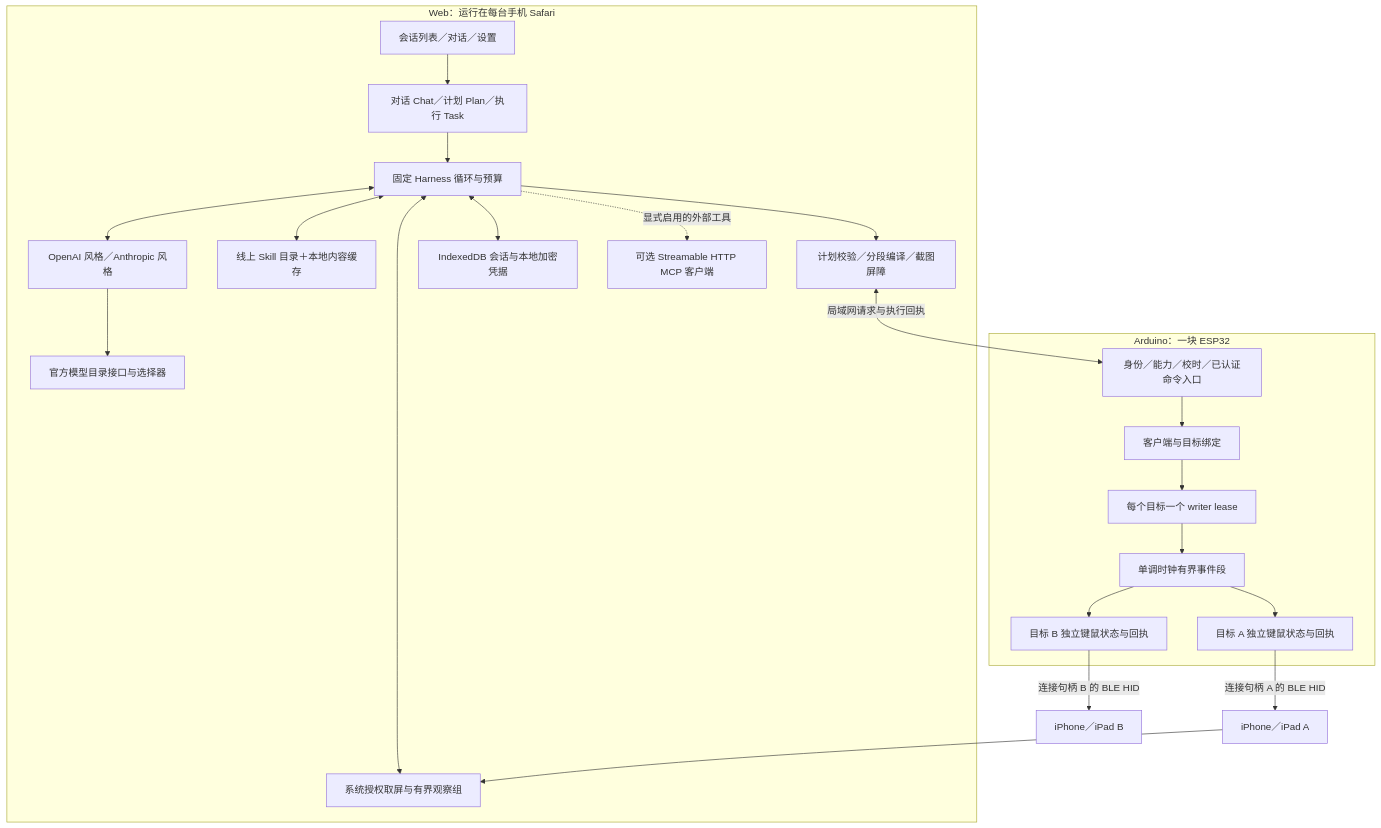
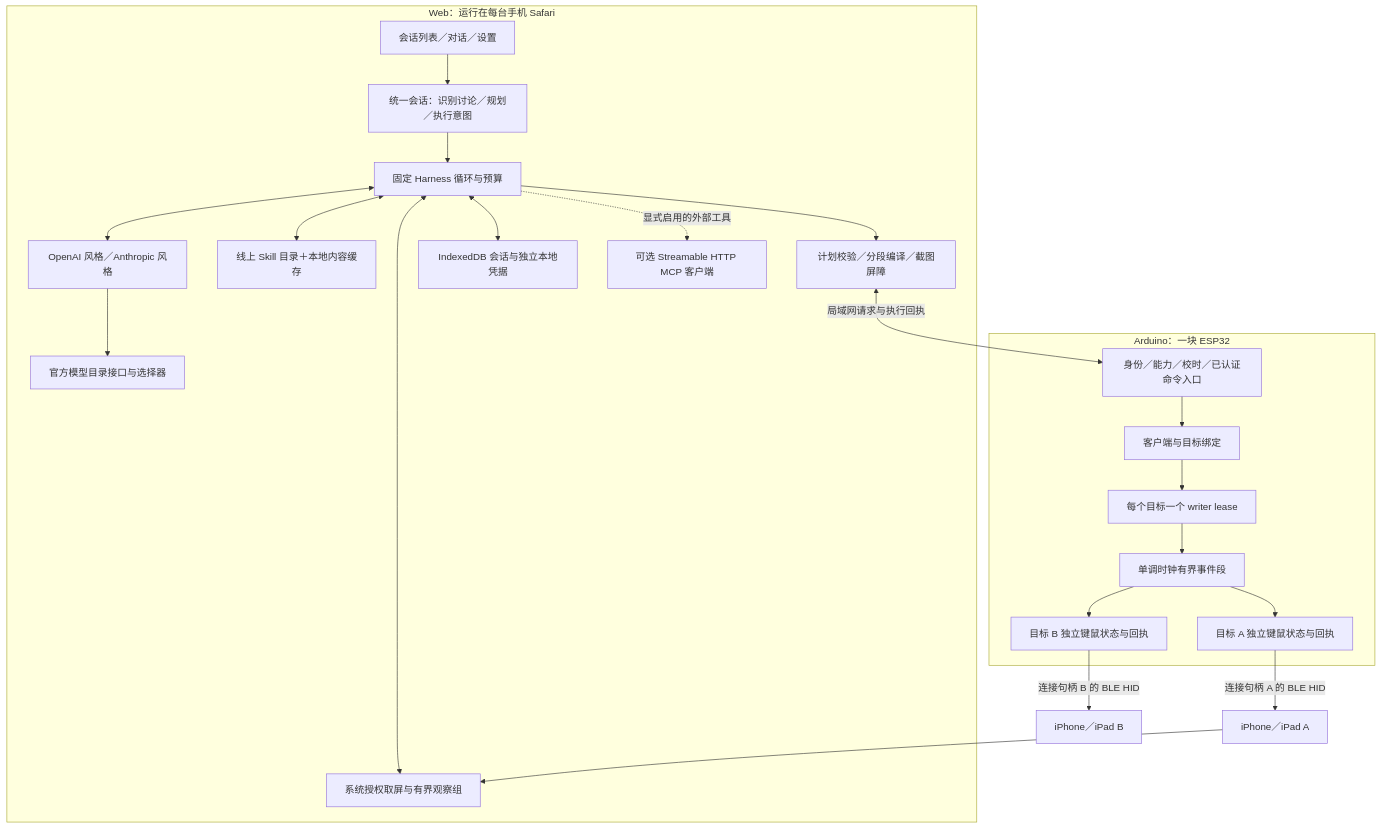
Before and after one commit to cccat6/iphone-agent-harness: the first of 4 diagrams in docs/architecture/system-blueprint.md, drawn with Mermaid. The commit also changed other lines of this file and 85 other files, not shown here.

````diff
--- a/docs/architecture/system-blueprint.md
+++ b/docs/architecture/system-blueprint.md
@@ -7,38 +7,38 @@
 ```mermaid
 flowchart TB
   subgraph WEB[Web：运行在每台手机 Safari]
     UI[会话列表／对话／设置]
-    Modes[对话 Chat／计划 Plan／执行 Task]
+    Intent[统一会话：识别讨论／规划／执行意图]
     Core[固定 Harness 循环与预算]
     Models[OpenAI 风格／Anthropic 风格]
     Catalog[官方模型目录接口与选择器]
     Skills[线上 Skill 目录＋本地内容缓存]
     Capture[系统授权取屏与有界观察组]
     Plans[计划校验／分段编译／截图屏障]
-    Store[IndexedDB 会话与本地加密凭据]
+    Store[IndexedDB 会话与独立本地凭据]
     MCP[可选 Streamable HTTP MCP 客户端]
-    UI --> Modes --> Core
+    UI --> Intent --> Core
     Core <--> Models
     Models --> Catalog
     Core <--> Skills
     Core <--> Capture
     Core --> Plans
     Core <--> Store
     Core -.显式启用的外部工具.-> MCP
   end
   subgraph BOARD[Arduino：一块 ESP32]
     API[身份／能力／校时／已认证命令入口]
     Grants[客户端与目标绑定]
     Lease[每个目标一个 writer lease]
     Scheduler[单调时钟有界事件段]
     A[目标 A 独立键鼠状态与回执]
     B[目标 B 独立键鼠状态与回执]
     API --> Grants --> Lease --> Scheduler
     Scheduler --> A
     Scheduler --> B
   end
   Plans <-->|局域网请求与执行回执| API
   A -->|连接句柄 A 的 BLE HID| PA[iPhone／iPad A]
   B -->|连接句柄 B 的 BLE HID| PB[iPhone／iPad B]
   PA --> Capture
 ```
````
